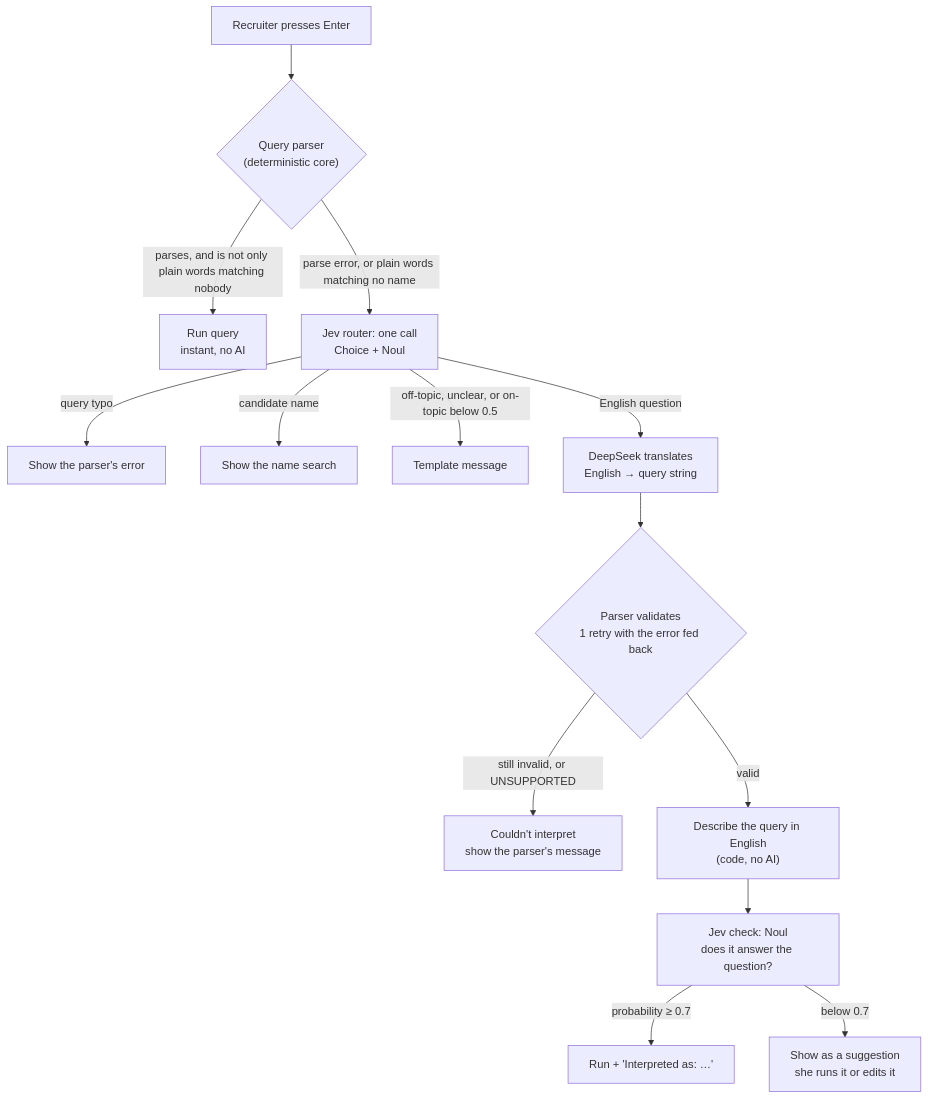
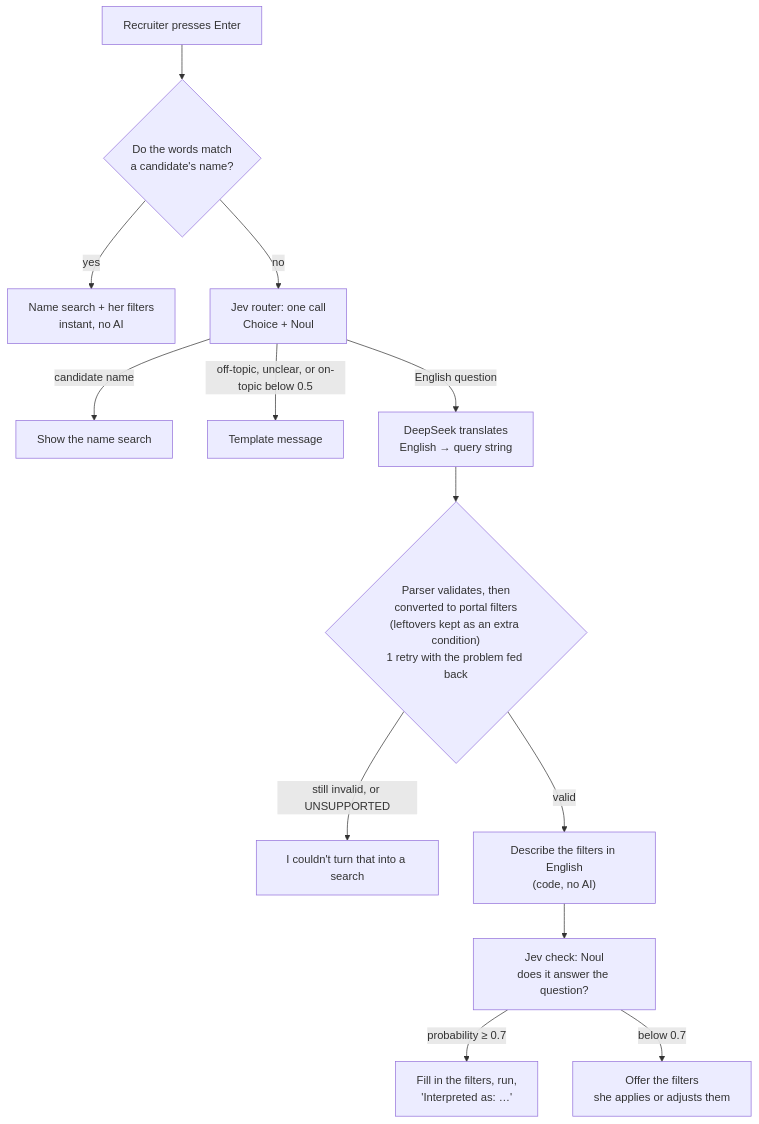
The second of 3 diagrams in docs/ARCHITECTURE.md (Shailly0502/Recruitly), drawn with Mermaid before and after one commit. The commit also changed other lines of this file and 17 other files, not shown here.

````diff
--- a/docs/ARCHITECTURE.md
+++ b/docs/ARCHITECTURE.md
@@ -221,16 +225,15 @@
 ```mermaid
 flowchart TD
-    A["Recruiter presses Enter"] --> P{"Query parser<br/>(deterministic core)"}
-    P -- "parses, and is not only plain words matching nobody" --> R["Run query<br/>instant, no AI"]
-    P -- "parse error, or plain words matching no name" --> J["Jev router: one call<br/>Choice + Noul"]
-    J -- "query typo" --> E["Show the parser's error"]
+    A["Recruiter presses Enter"] --> P{"Do the words match<br/>a candidate's name?"}
+    P -- "yes" --> R["Name search + her filters<br/>instant, no AI"]
+    P -- "no" --> J["Jev router: one call<br/>Choice + Noul"]
     J -- "candidate name" --> N["Show the name search"]
     J -- "off-topic, unclear, or on-topic below 0.5" --> T["Template message"]
     J -- "English question" --> D["DeepSeek translates<br/>English → query string"]
-    D --> V{"Parser validates<br/>1 retry with the error fed back"}
-    V -- "still invalid, or UNSUPPORTED" --> C["Couldn't interpret<br/>show the parser's message"]
-    V -- valid --> S["Describe the query in English<br/>(code, no AI)"]
+    D --> V{"Parser validates, then<br/>converted to portal filters<br/>(leftovers kept as an extra condition)<br/>1 retry with the problem fed back"}
+    V -- "still invalid, or UNSUPPORTED" --> C["I couldn't turn that into a search"]
+    V -- valid --> S["Describe the filters in English<br/>(code, no AI)"]
     S --> K["Jev check: Noul<br/>does it answer the question?"]
-    K -- "probability ≥ 0.7" --> I["Run + 'Interpreted as: …'"]
-    K -- "below 0.7" --> G["Show as a suggestion<br/>she runs it or edits it"]
+    K -- "probability ≥ 0.7" --> I["Fill in the filters, run,<br/>'Interpreted as: …'"]
+    K -- "below 0.7" --> G["Offer the filters<br/>she applies or adjusts them"]
 ```
````
